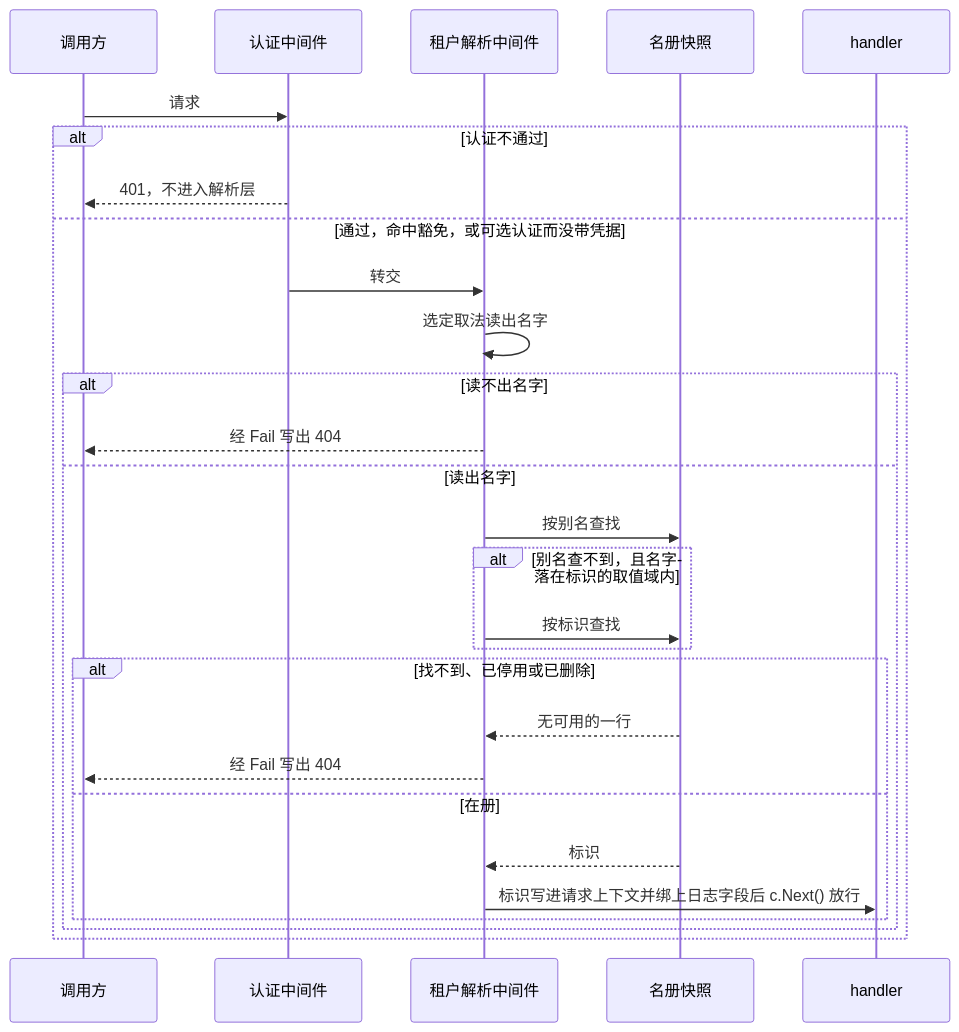
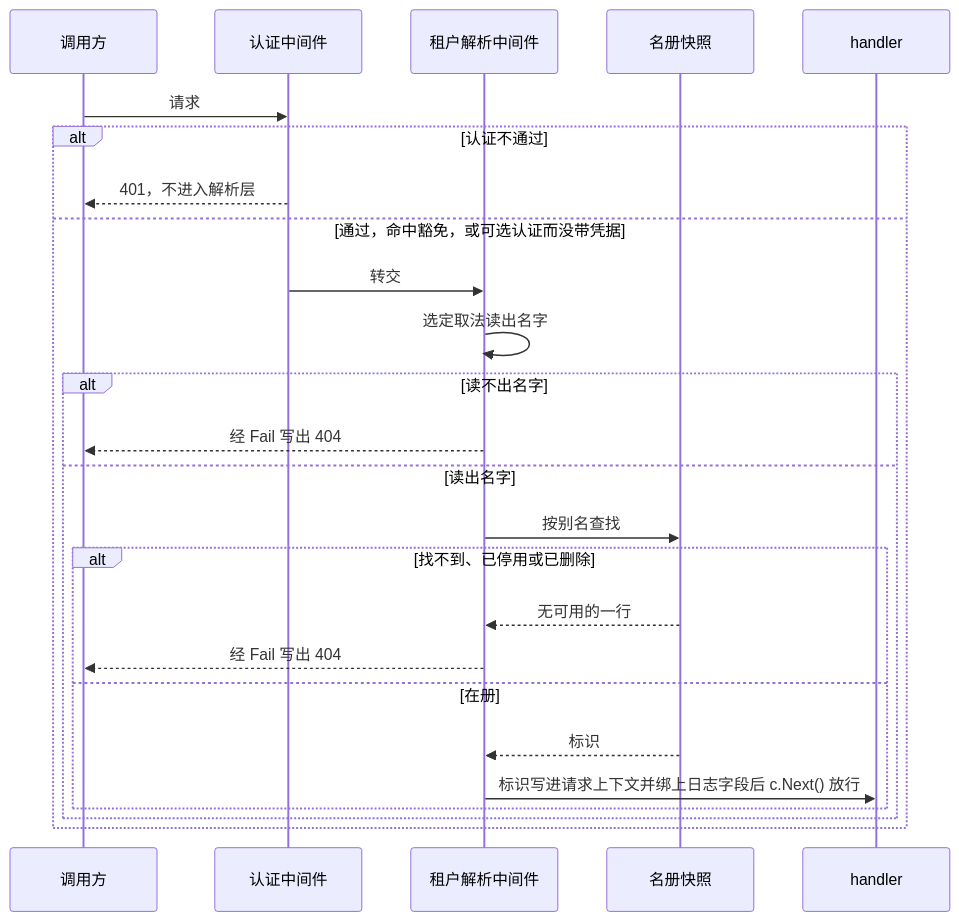
One commit to wangzw/speed changed the second of 5 diagrams in docs/design/modules/tenant/design-tenant.md. Above: the diagram before and after it, drawn with Mermaid. The commit also changed other lines of this file and 17 other files, not shown here.

````diff
--- a/docs/design/modules/tenant/design-tenant.md
+++ b/docs/design/modules/tenant/design-tenant.md
@@ -579,31 +579,28 @@
 ```mermaid
 sequenceDiagram
     participant C as 调用方
     participant A as 认证中间件
     participant R as 租户解析中间件
     participant S as 名册快照
     participant H as handler
 
     C->>A: 请求
     alt 认证不通过
         A-->>C: 401，不进入解析层
     else 通过，命中豁免，或可选认证而没带凭据
         A->>R: 转交
         R->>R: 选定取法读出名字
         alt 读不出名字
             R-->>C: 经 Fail 写出 404
         else 读出名字
             R->>S: 按别名查找
-            alt 别名查不到，且名字落在标识的取值域内
-                R->>S: 按标识查找
-            end
             alt 找不到、已停用或已删除
                 S-->>R: 无可用的一行
                 R-->>C: 经 Fail 写出 404
             else 在册
                 S-->>R: 标识
                 R->>H: 标识写进请求上下文并绑上日志字段后 c.Next() 放行
             end
         end
     end
 ```
````
